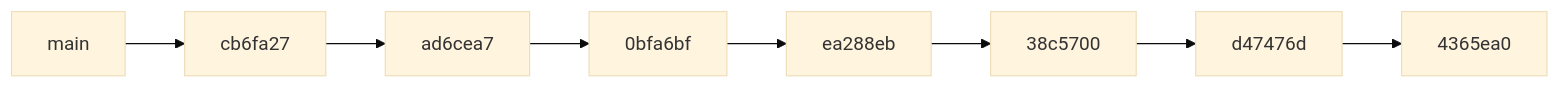
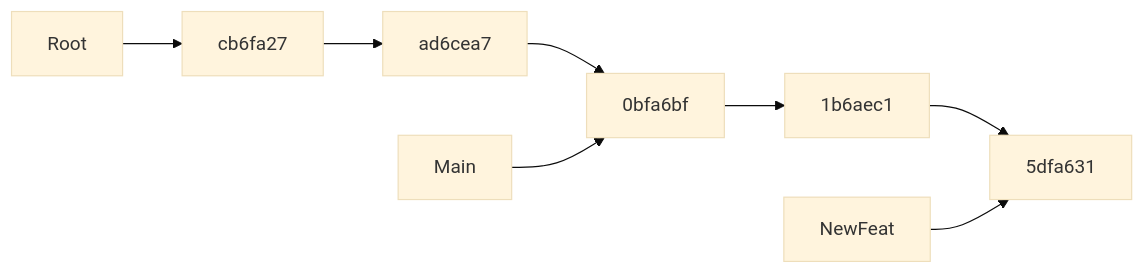
The second of 3 diagrams in README.md (thenativeweb/temp--git), drawn with Mermaid (base theme) before and after one commit. The commit also changed other lines of this file, not shown here.

Commit message:
Add diagram on ff-merges.

````diff
--- a/README.md
+++ b/README.md
@@ -83,10 +88,11 @@
 ```mermaid
 flowchart LR
-  main --> cb6fa27
+  Root
+  Root --> cb6fa27
   cb6fa27 --> ad6cea7
   ad6cea7 --> 0bfa6bf
-  0bfa6bf --> ea288eb
-  ea288eb --> 38c5700
-  38c5700 --> d47476d
-  d47476d --> 4365ea0
+  0bfa6bf --> 1b6aec1
+  1b6aec1 --> 5dfa631
+  Main --> 0bfa6bf
+  NewFeat --> 5dfa631
 ```
````
